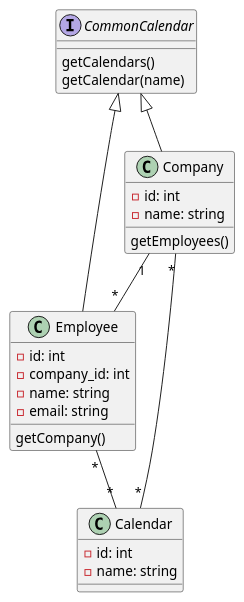
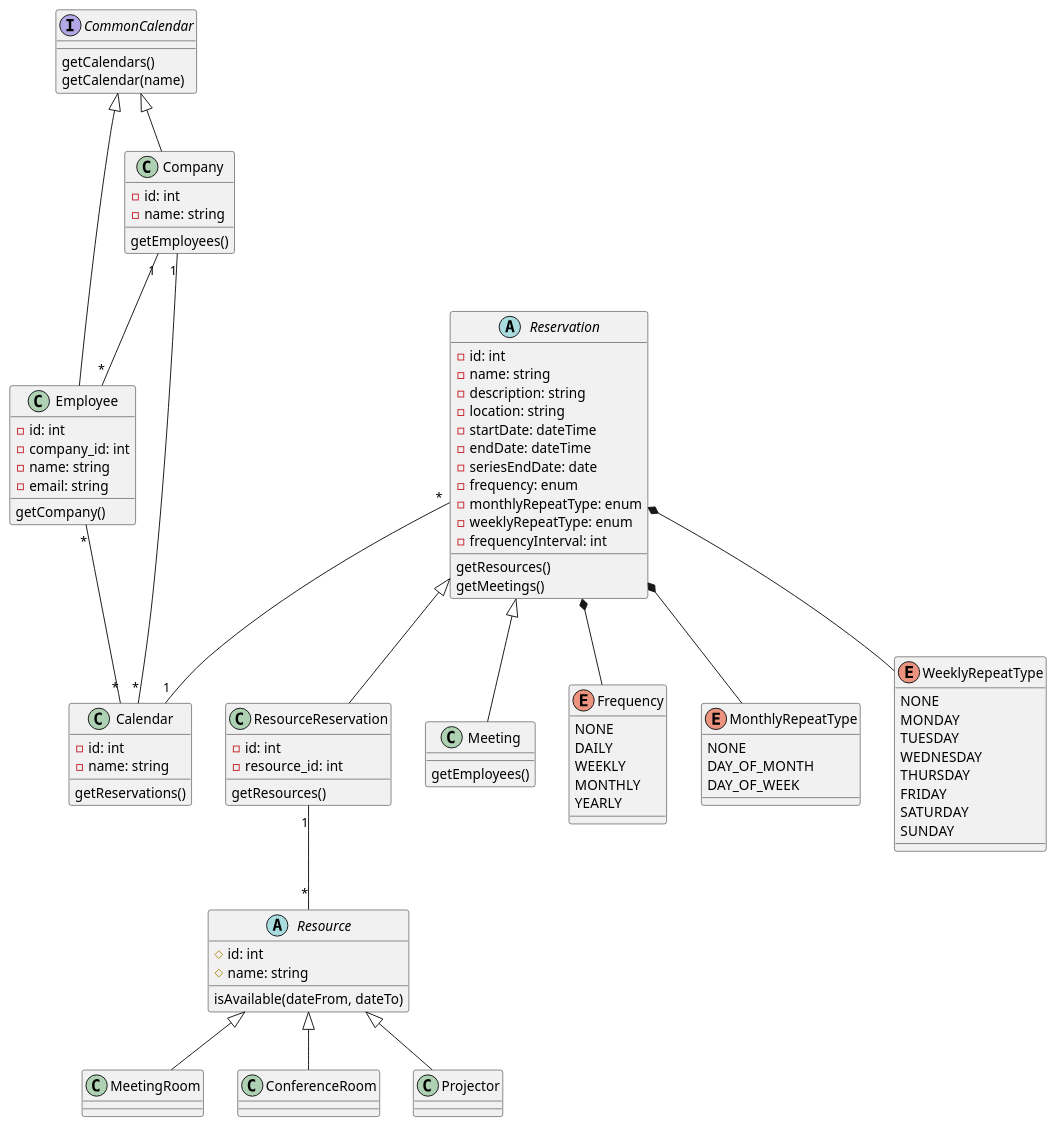
The diagram in calendar.puml (jnicram/business-calendar), drawn with PlantUML before and after one commit. The commit also changed 1 other file, not shown here.

Commit message:
business calendar uml diagram

```diff
--- a/calendar.puml
+++ b/calendar.puml
@@ -1,35 +1,110 @@
 @startuml
 
 interface CommonCalendar {
   getCalendars()
   getCalendar(name)
 }
 
 class Company {
   -id: int
   -name: string
   getEmployees()
 }
 
 class Employee {
   -id: int
   -company_id: int
   -name: string
   -email: string
   getCompany()
 }
 
 class Calendar {
   -id: int
   -name: string
+  getReservations()
 }
+
+abstract class Resource {
+  #id: int
+  #name: string
+  isAvailable(dateFrom, dateTo)
+}
+
+class MeetingRoom
+class ConferenceRoom
+class Projector
+
+class ResourceReservation {
+  -id: int
+  -resource_id: int
+  getResources()
+}
+
+class Meeting {
+  getEmployees()
+}
+
+abstract class Reservation {
+  -id: int
+  -name: string
+  -description: string
+  -location: string
+  -startDate: dateTime
+  -endDate: dateTime
+  -seriesEndDate: date
+  -frequency: enum
+  -monthlyRepeatType: enum
+  -weeklyRepeatType: enum
+  -frequencyInterval: int
+  getResources()
+  getMeetings()
+}
+
+enum Frequency {
+  NONE
+  DAILY
+  WEEKLY
+  MONTHLY
+  YEARLY
+}
+
+enum MonthlyRepeatType {
+  NONE
+  DAY_OF_MONTH
+  DAY_OF_WEEK
+}
+
+enum WeeklyRepeatType {
+  NONE
+  MONDAY
+  TUESDAY
+  WEDNESDAY
+  THURSDAY
+  FRIDAY
+  SATURDAY
+  SUNDAY
+}
+
+Reservation *-- Frequency
+Reservation *-- MonthlyRepeatType
+Reservation *-- WeeklyRepeatType
 
 CommonCalendar <|-- Company
 CommonCalendar <|-- Employee
 
+Resource <|-- MeetingRoom
+Resource <|-- ConferenceRoom
+Resource <|-- Projector
+Reservation <|-- Meeting
+Reservation <|-- ResourceReservation
+
 Company "1" -- "*" Employee
-Company "*" -- "*" Calendar
+Company "1" -- "*" Calendar
 Employee "*" -- "*" Calendar
+ResourceReservation "1" -- "*" Resource
+Reservation "*" -- "1" Calendar
+
 
 
 @enduml
```
